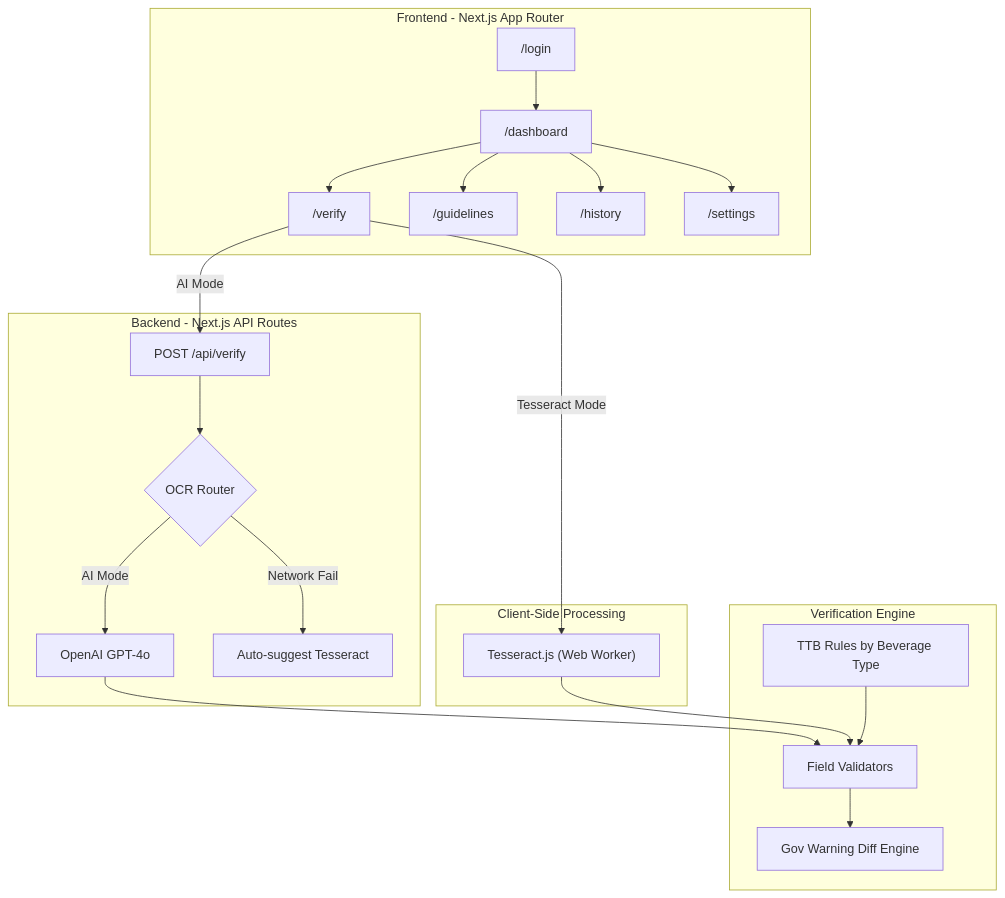
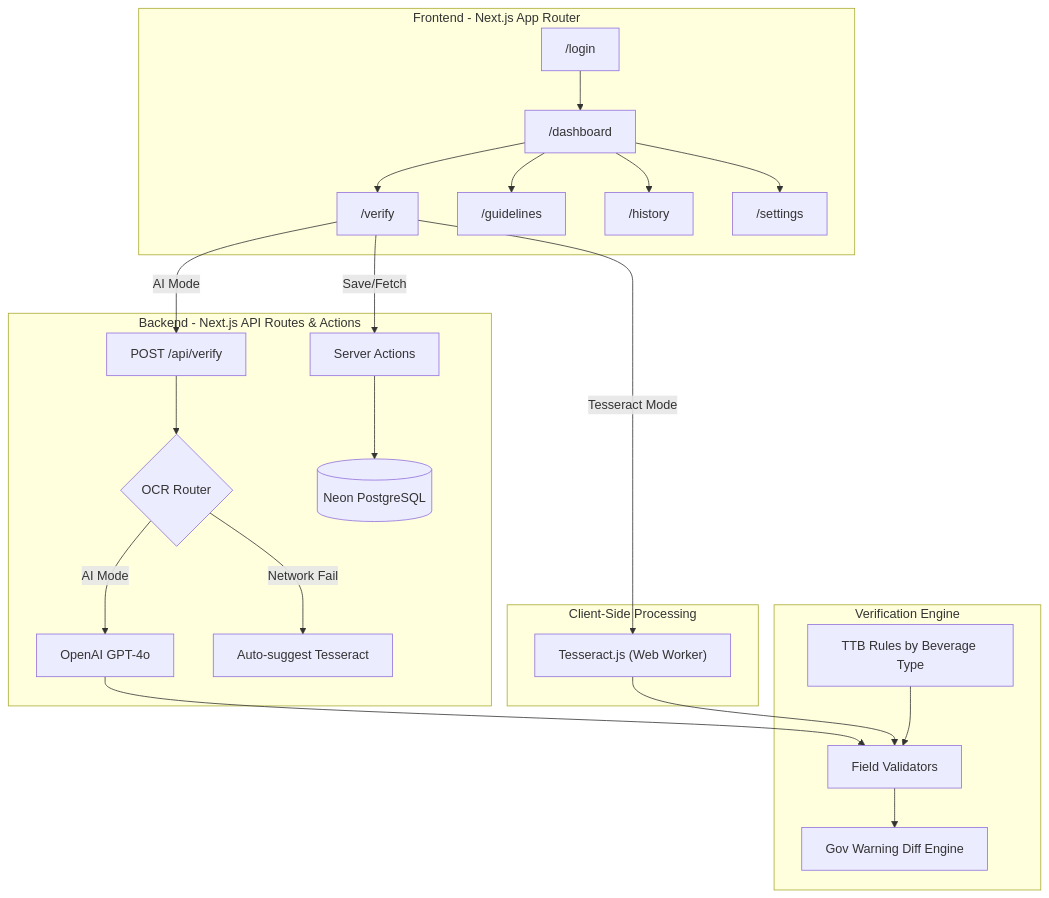
Before and after one commit to liemdo/ttb-label-verify: the diagram in docs/architecture.md, drawn with Mermaid. The commit also changed other lines of this file and 1 other file, not shown here.

First line of the commit message:
docs: describe Neon Postgres and Server Actions setup

````diff
--- a/docs/architecture.md
+++ b/docs/architecture.md
@@ -7,33 +7,35 @@
 ```mermaid
 graph TB
     subgraph "Frontend - Next.js App Router"
         LOGIN["/login"] --> DASH["/dashboard"]
         DASH --> VERIFY["/verify"]
         DASH --> GUIDE["/guidelines"]
         DASH --> HIST["/history"]
         DASH --> SETT["/settings"]
     end
 
-    subgraph "Backend - Next.js API Routes"
+    subgraph "Backend - Next.js API Routes & Actions"
         API["POST /api/verify"] --> ROUTER{"OCR Router"}
         ROUTER -->|AI Mode| OPENAI["OpenAI GPT-4o"]
         ROUTER -->|Network Fail| FALLBACK["Auto-suggest Tesseract"]
+        ACTIONS["Server Actions"] --> DB[(Neon PostgreSQL)]
     end
 
     subgraph "Client-Side Processing"
         TESS["Tesseract.js (Web Worker)"]
     end
 
     subgraph "Verification Engine"
         VALID["Field Validators"]
         DIFF["Gov Warning Diff Engine"]
         TTB["TTB Rules by Beverage Type"]
     end
 
     VERIFY -->|AI Mode| API
     VERIFY -->|Tesseract Mode| TESS
+    VERIFY -->|Save/Fetch| ACTIONS
     OPENAI --> VALID
     TESS --> VALID
     VALID --> DIFF
     TTB --> VALID
 ```
````
